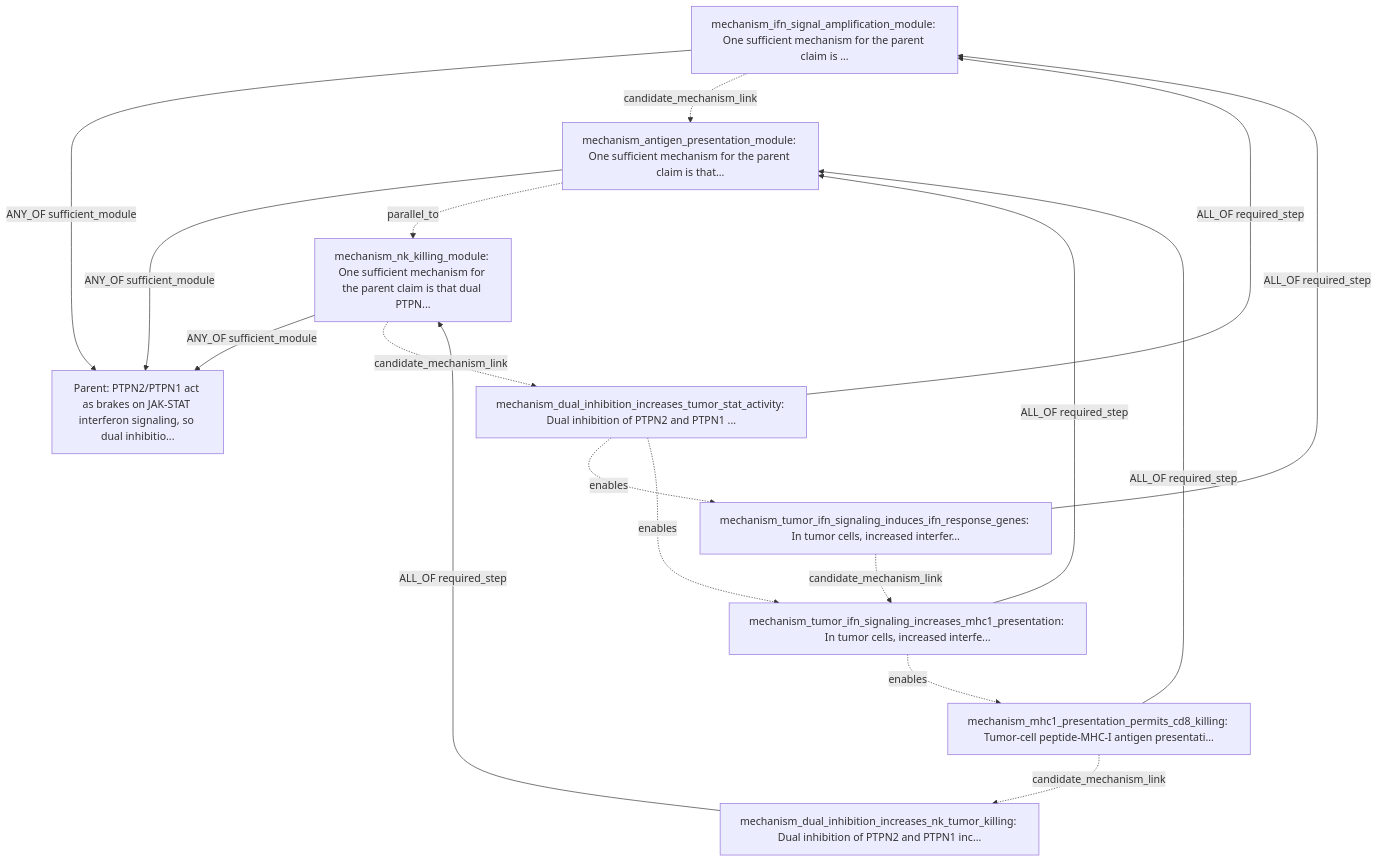
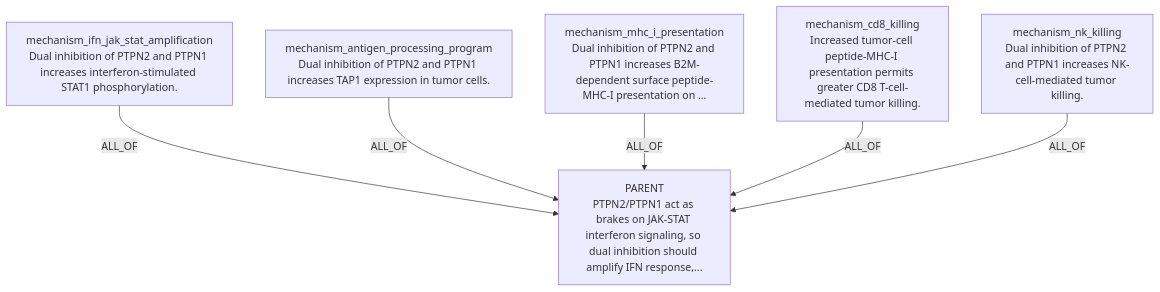
The third of 12 diagrams in LLM_STEP0_CANDIDATE_CLAIM_DAG_EXAMPLES_20260602.md (eliannaqk/bioKG), drawn with Mermaid before and after one commit. The commit also changed other lines of this file and 17 other files, not shown here.

Commit message:
Refresh Step0 edge-contract claim DAG examples

````diff
--- a/LLM_STEP0_CANDIDATE_CLAIM_DAG_EXAMPLES_20260602.md
+++ b/LLM_STEP0_CANDIDATE_CLAIM_DAG_EXAMPLES_20260602.md
@@ -302,29 +246,14 @@
 ```mermaid
 flowchart TD
-  P["Parent: PTPN2/PTPN1 act as brakes on JAK-STAT interferon signaling, so dual inhibitio..."]
-  N1["mechanism_ifn_signal_amplification_module: One sufficient mechanism for the parent claim is ..."]
-  N2["mechanism_antigen_presentation_module: One sufficient mechanism for the parent claim is that..."]
-  N3["mechanism_nk_killing_module: One sufficient mechanism for the parent claim is that dual PTPN..."]
-  N4["mechanism_dual_inhibition_increases_tumor_stat_activity: Dual inhibition of PTPN2 and PTPN1 ..."]
-  N5["mechanism_tumor_ifn_signaling_induces_ifn_response_genes: In tumor cells, increased interfer..."]
-  N6["mechanism_tumor_ifn_signaling_increases_mhc1_presentation: In tumor cells, increased interfe..."]
-  N7["mechanism_mhc1_presentation_permits_cd8_killing: Tumor-cell peptide-MHC-I antigen presentati..."]
-  N8["mechanism_dual_inhibition_increases_nk_tumor_killing: Dual inhibition of PTPN2 and PTPN1 inc..."]
-
-  N1 -->|ANY_OF sufficient_module| P
-  N2 -->|ANY_OF sufficient_module| P
-  N3 -->|ANY_OF sufficient_module| P
-  N4 -->|ALL_OF required_step| N1
-  N5 -->|ALL_OF required_step| N1
-  N6 -->|ALL_OF required_step| N2
-  N7 -->|ALL_OF required_step| N2
-  N8 -->|ALL_OF required_step| N3
-  N4 -.->|enables| N5
-  N4 -.->|enables| N6
-  N6 -.->|enables| N7
-  N2 -.->|parallel_to| N3
-  N1 -.->|candidate_mechanism_link| N2
-  N3 -.->|candidate_mechanism_link| N4
-  N5 -.->|candidate_mechanism_link| N6
-  N7 -.->|candidate_mechanism_link| N8
+  P["PARENT<br/>PTPN2/PTPN1 act as brakes on JAK-STAT interferon signaling, so dual inhibition should amplify IFN response,..."]
+  N1["mechanism_ifn_jak_stat_amplification<br/>Dual inhibition of PTPN2 and PTPN1 increases interferon-stimulated STAT1 phosphorylation."]
+  N2["mechanism_antigen_processing_program<br/>Dual inhibition of PTPN2 and PTPN1 increases TAP1 expression in tumor cells."]
+  N3["mechanism_mhc_i_presentation<br/>Dual inhibition of PTPN2 and PTPN1 increases B2M-dependent surface peptide-MHC-I presentation on ..."]
+  N4["mechanism_cd8_killing<br/>Increased tumor-cell peptide-MHC-I presentation permits greater CD8 T-cell-mediated tumor killing."]
+  N5["mechanism_nk_killing<br/>Dual inhibition of PTPN2 and PTPN1 increases NK-cell-mediated tumor killing."]
+  N1 -- "ALL_OF" --> P
+  N2 -- "ALL_OF" --> P
+  N3 -- "ALL_OF" --> P
+  N4 -- "ALL_OF" --> P
+  N5 -- "ALL_OF" --> P
 ```
````
